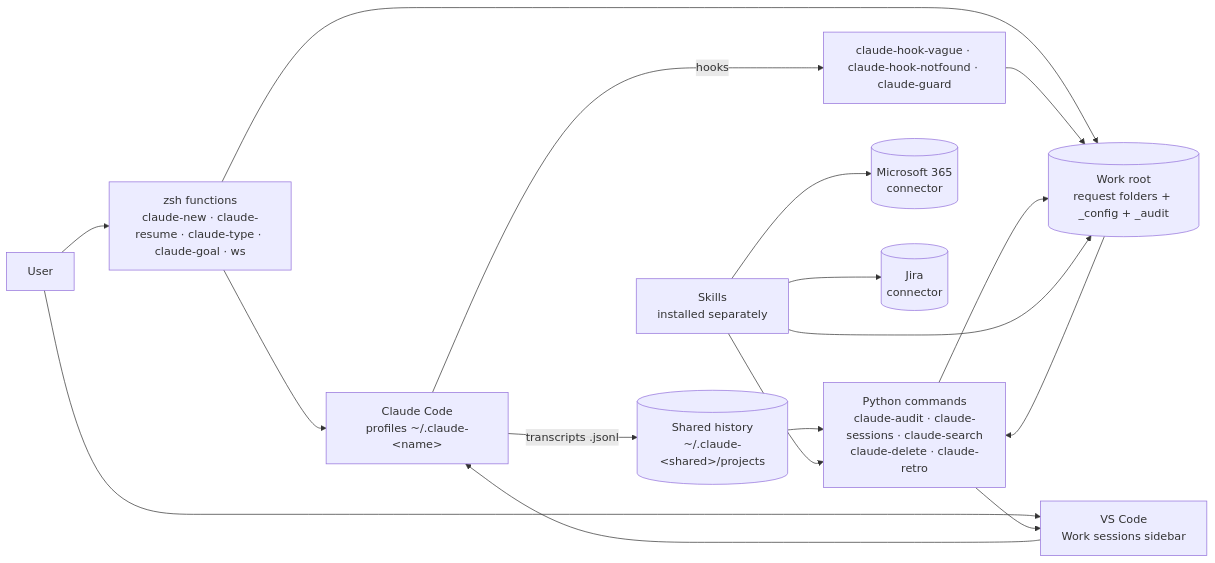
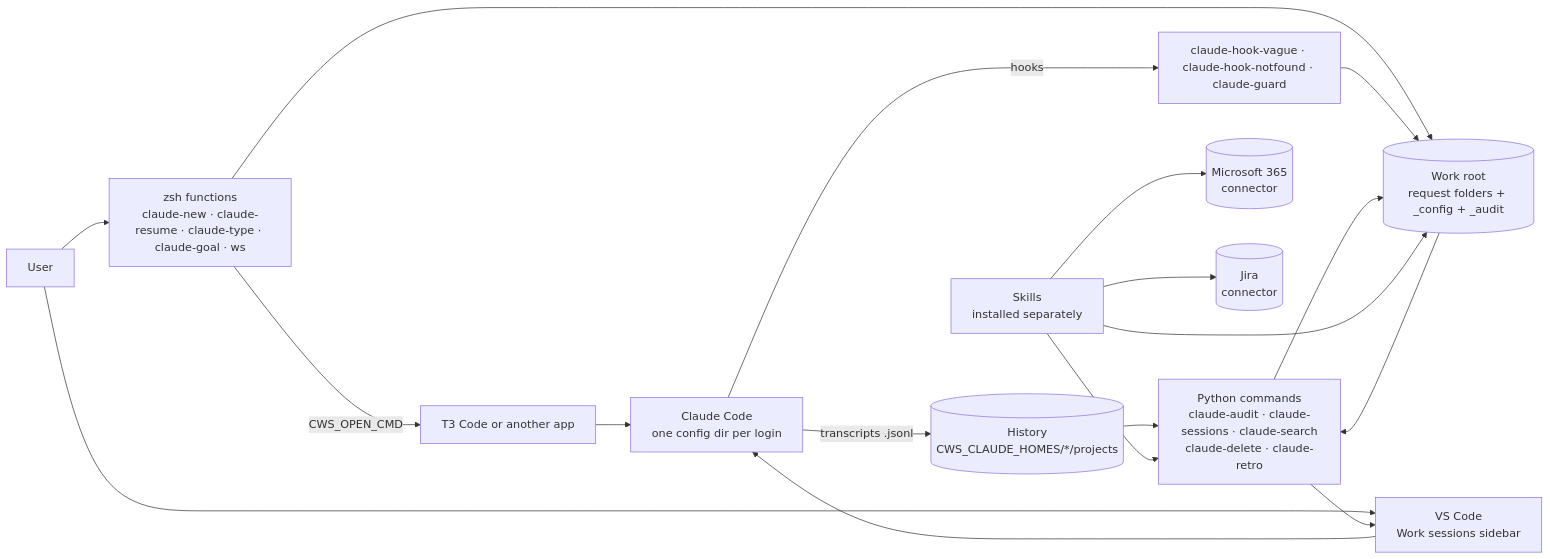
The first of 4 diagrams in docs/hld.md (jviegas6/claude-worksessions), drawn with Mermaid before and after one commit. The commit also changed other lines of this file and 40 other files, not shown here.

First line of the commit message:
3.1.0: no profiles; opening a request is one config line (CWS_OPEN_CMD)

````diff
--- a/docs/hld.md
+++ b/docs/hld.md
@@ -42,19 +42,20 @@
 ```mermaid
 flowchart LR
   U[User] --> SH[zsh functions<br/>claude-new · claude-resume · claude-type · claude-goal · ws]
   U --> VS[VS Code<br/>Work sessions sidebar]
-  SH --> CC[Claude Code<br/>profiles ~/.claude-&lt;name&gt;]
+  SH -->|CWS_OPEN_CMD| APP[T3 Code or another app]
+  APP --> CC[Claude Code<br/>one config dir per login]
   VS --> CC
-  CC -->|transcripts .jsonl| T[(Shared history<br/>~/.claude-&lt;shared&gt;/projects)]
+  CC -->|transcripts .jsonl| T[(History<br/>CWS_CLAUDE_HOMES/*/projects)]
   CC -->|hooks| H[claude-hook-vague · claude-hook-notfound · claude-guard]
   SH --> W[(Work root<br/>request folders + _config + _audit)]
   H --> W
   T --> PY[Python commands<br/>claude-audit · claude-sessions · claude-search<br/>claude-delete · claude-retro]
   W --> PY
   PY --> W
   SK[Skills<br/>installed separately] --> M365[(Microsoft 365<br/>connector)]
   SK --> J[(Jira<br/>connector)]
   SK --> PY
   SK --> W
   PY --> VS
 ```
````
